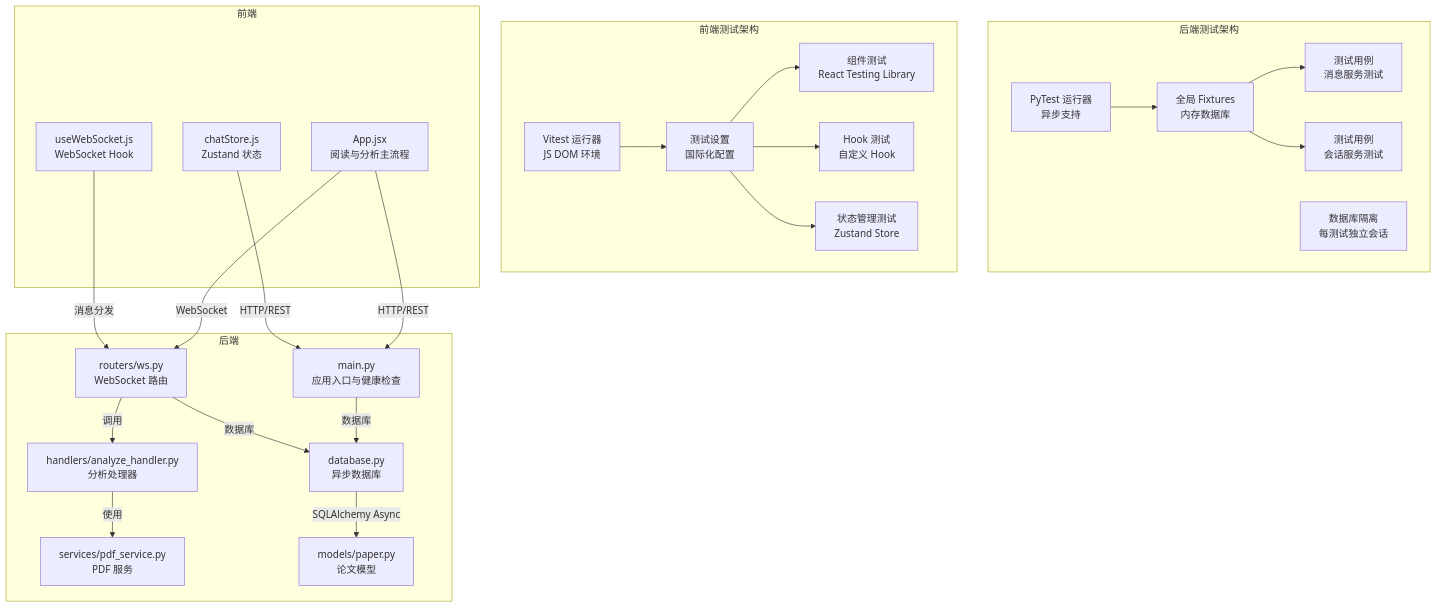
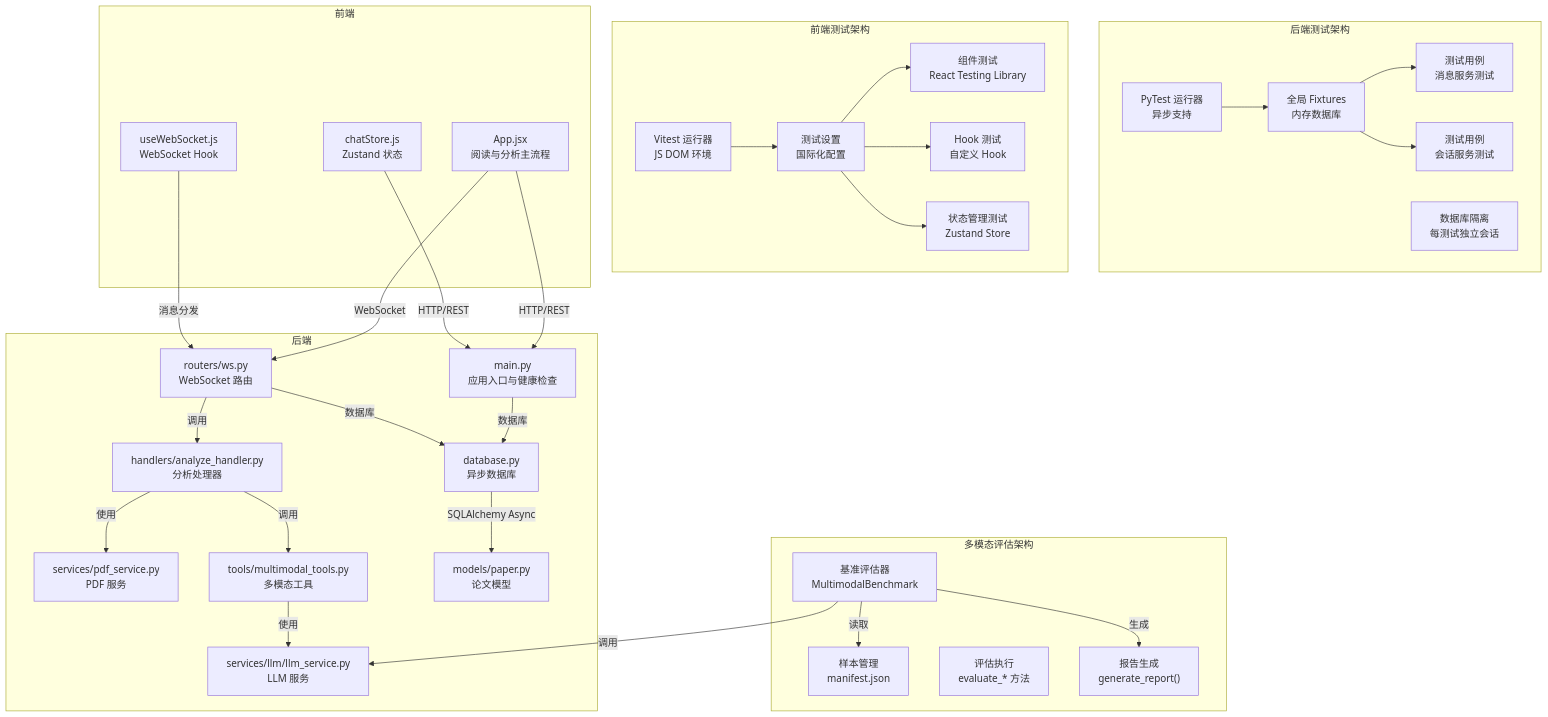
One commit to laohanhahaha/PaperChat changed the second of 3 diagrams in .qoder/repowiki/zh/content/开发指南/测试策略与质量保证.md. Above: the diagram before and after it, drawn with Mermaid. The commit also changed other lines of this file and 185 other files, not shown here.

````diff
--- a/.qoder/repowiki/zh/content/开发指南/测试策略与质量保证.md
+++ b/.qoder/repowiki/zh/content/开发指南/测试策略与质量保证.md
@@ -115,46 +148,59 @@
 ```mermaid
 graph TB
 subgraph "后端测试架构"
 A["PyTest 运行器<br/>异步支持"]
 B["全局 Fixtures<br/>内存数据库"]
 C["测试用例<br/>消息服务测试"]
 D["测试用例<br/>会话服务测试"]
 E["数据库隔离<br/>每测试独立会话"]
 end
 subgraph "前端测试架构"
 F["Vitest 运行器<br/>JS DOM 环境"]
 G["测试设置<br/>国际化配置"]
 H["组件测试<br/>React Testing Library"]
 I["Hook 测试<br/>自定义 Hook"]
 J["状态管理测试<br/>Zustand Store"]
 end
+subgraph "多模态评估架构"
+K["基准评估器<br/>MultimodalBenchmark"]
+L["样本管理<br/>manifest.json"]
+M["评估执行<br/>evaluate_* 方法"]
+N["报告生成<br/>generate_report()"]
+end
 subgraph "前端"
-K["App.jsx<br/>阅读与分析主流程"]
-L["useWebSocket.js<br/>WebSocket Hook"]
-M["chatStore.js<br/>Zustand 状态"]
+O["App.jsx<br/>阅读与分析主流程"]
+P["useWebSocket.js<br/>WebSocket Hook"]
+Q["chatStore.js<br/>Zustand 状态"]
 end
 subgraph "后端"
-N["main.py<br/>应用入口与健康检查"]
-O["routers/ws.py<br/>WebSocket 路由"]
-P["handlers/analyze_handler.py<br/>分析处理器"]
-Q["services/pdf_service.py<br/>PDF 服务"]
-R["models/paper.py<br/>论文模型"]
-S["database.py<br/>异步数据库"]
+R["main.py<br/>应用入口与健康检查"]
+S["routers/ws.py<br/>WebSocket 路由"]
+T["handlers/analyze_handler.py<br/>分析处理器"]
+U["services/pdf_service.py<br/>PDF 服务"]
+V["tools/multimodal_tools.py<br/>多模态工具"]
+W["models/paper.py<br/>论文模型"]
+X["database.py<br/>异步数据库"]
+Y["services/llm/llm_service.py<br/>LLM 服务"]
 end
 A --> B
 B --> C
 B --> D
 F --> G
 G --> H
 G --> I
 G --> J
-K --> |HTTP/REST| N
-K --> |WebSocket| O
-L --> |消息分发| O
-M --> |HTTP/REST| N
-O --> |调用| P
-P --> |使用| Q
-N --> |数据库| S
-O --> |数据库| S
-S --> |SQLAlchemy Async| R
+O --> |HTTP/REST| R
+O --> |WebSocket| S
+P --> |消息分发| S
+Q --> |HTTP/REST| R
+S --> |调用| T
+T --> |使用| U
+T --> |调用| V
+V --> |使用| Y
+R --> |数据库| X
+S --> |数据库| X
+X --> |SQLAlchemy Async| W
+K --> |调用| Y
+K --> |读取| L
+K --> |生成| N
 ```
````
